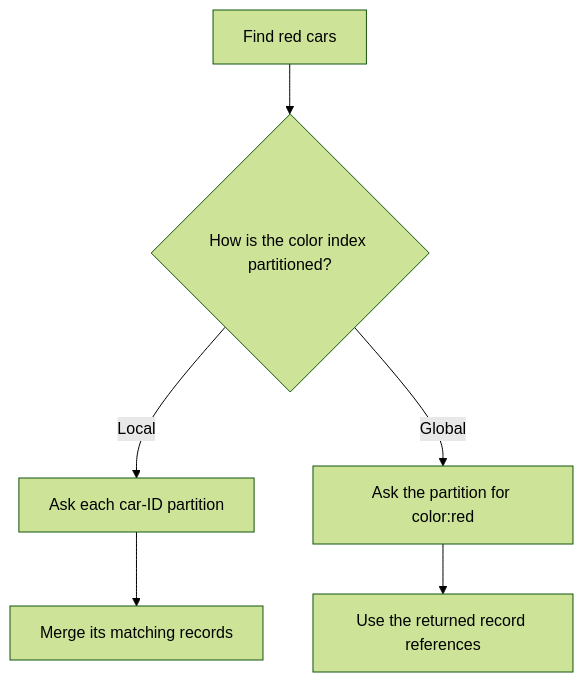
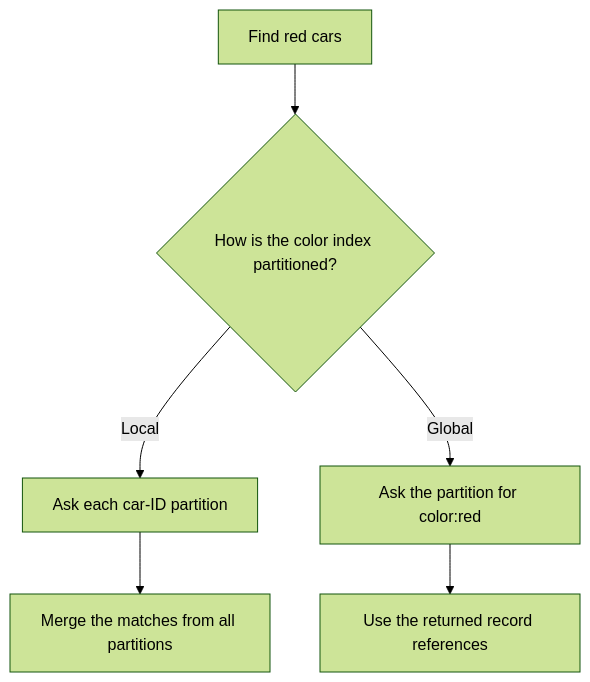
One commit to fsw0422/sd-handbook changed the first of 2 diagrams in ddia/06-partitioning.md. Above: the diagram before and after it, drawn with Mermaid (forest theme). The commit also changed other lines of this file and 11 other files, not shown here.

````diff
--- a/ddia/06-partitioning.md
+++ b/ddia/06-partitioning.md
@@ -47,8 +53,8 @@
 ```mermaid
 flowchart TD
     Q["Find red cars"] --> T{"How is the color index partitioned?"}
     T -->|Local| A["Ask each car-ID partition"]
-    A --> B["Merge its matching records"]
+    A --> B["Merge the matches from all partitions"]
     T -->|Global| C["Ask the partition for color:red"]
     C --> D["Use the returned record references"]
 ```
````
